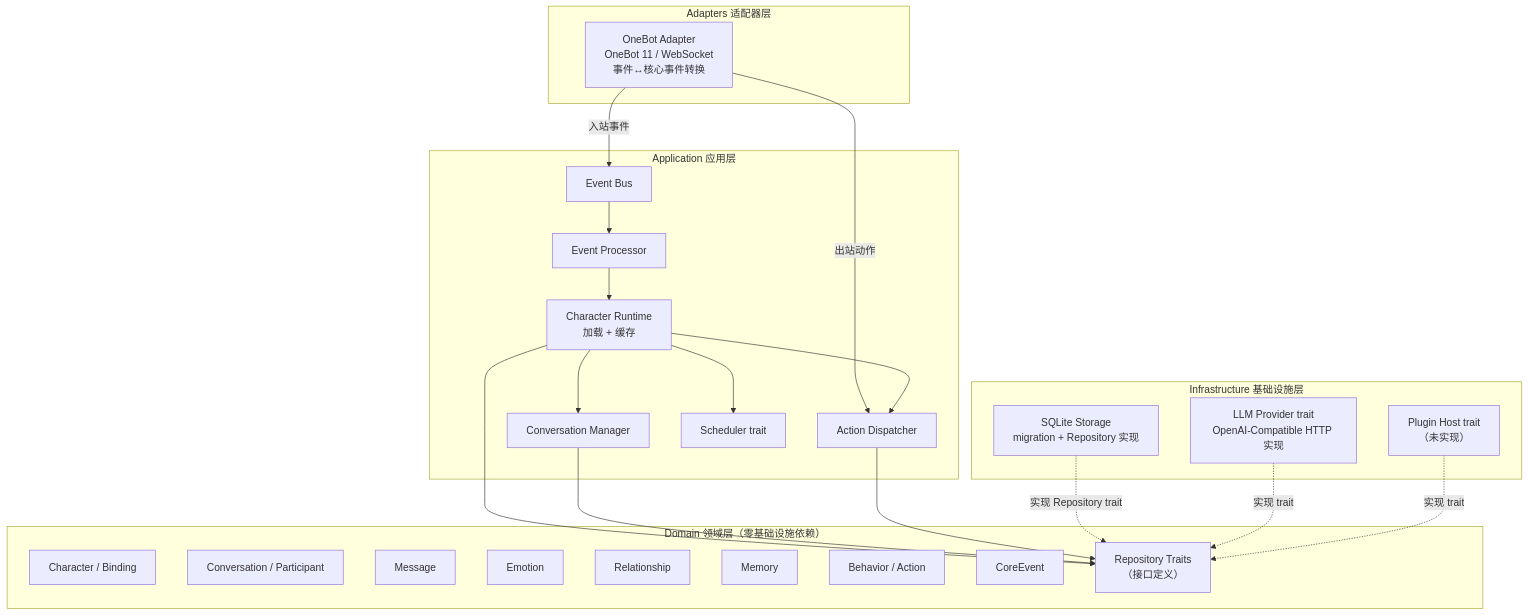
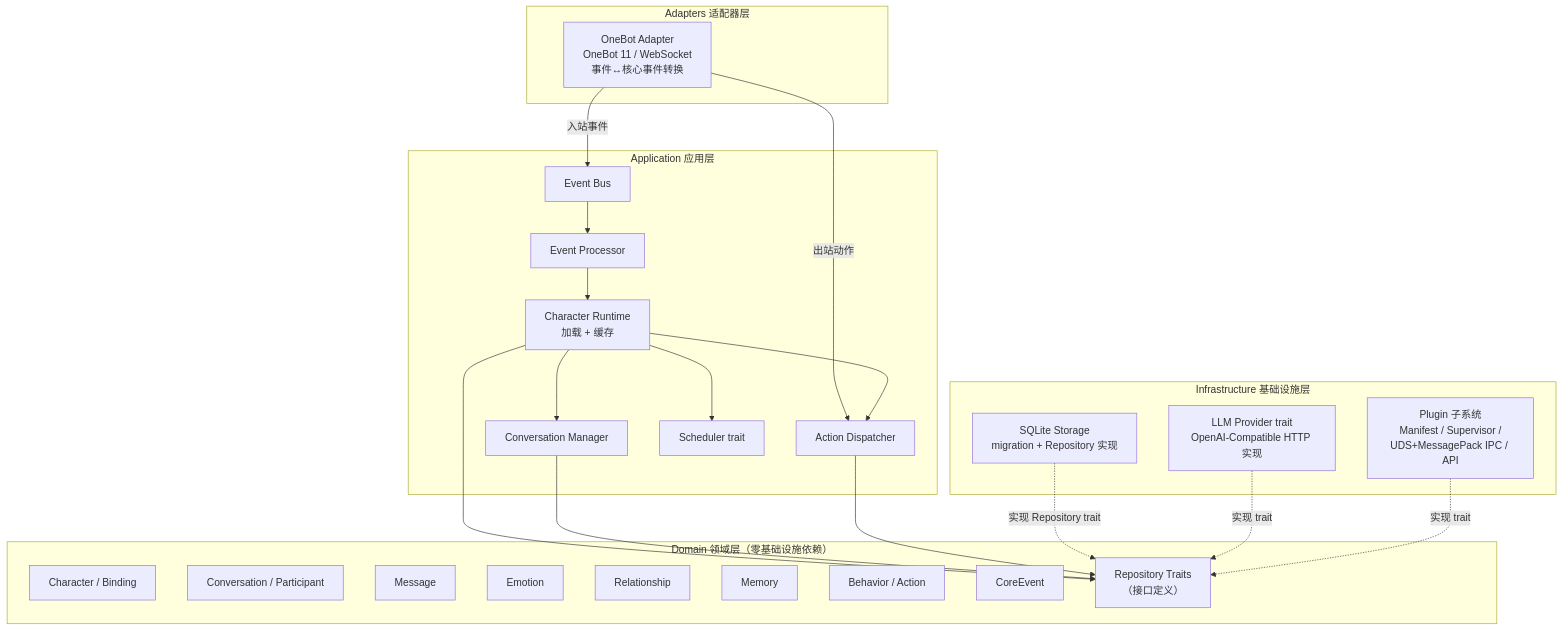
One commit to yomua-cat/yomua-bot changed the diagram in README.md. Above: the diagram before and after it, drawn with Mermaid. The commit also changed other lines of this file and 20 other files, not shown here.

First line of the commit message:
Phase 6: 插件系统（Manifest/Supervisor/IPC/权限/事件订阅/Plugin API）

````diff
--- a/README.md
+++ b/README.md
@@ -151,48 +152,48 @@
 ```mermaid
 flowchart TB
     subgraph A["Adapters 适配器层"]
         onebot["OneBot Adapter<br/>OneBot 11 / WebSocket<br/>事件↔核心事件转换"]
     end
 
     subgraph APP["Application 应用层"]
         eventbus["Event Bus"]
         runtime["Character Runtime<br/>加载 + 缓存"]
         conversation["Conversation Manager"]
         action["Action Dispatcher"]
         scheduler["Scheduler trait"]
         processor["Event Processor"]
     end
 
     subgraph D["Domain 领域层（零基础设施依赖）"]
         char["Character / Binding"]
         conv["Conversation / Participant"]
         msg["Message"]
         emo["Emotion"]
         rel["Relationship"]
         mem["Memory"]
         beh["Behavior / Action"]
         evt["CoreEvent"]
         repo["Repository Traits<br/>（接口定义）"]
     end
 
     subgraph I["Infrastructure 基础设施层"]
         storage["SQLite Storage<br/>migration + Repository 实现"]
         llm["LLM Provider trait<br/>OpenAI-Compatible HTTP 实现"]
-        plugin["Plugin Host trait<br/>（未实现）"]
+        plugin["Plugin 子系统<br/>Manifest / Supervisor /<br/>UDS+MessagePack IPC / API"]
     end
 
     onebot -->|入站事件| eventbus
     onebot -->|出站动作| action
     eventbus --> processor
     processor --> runtime
     runtime --> conversation
     runtime --> action
     runtime --> scheduler
     runtime --> repo
     conversation --> repo
     action --> repo
 
     storage -.实现 Repository trait.-> repo
     llm -.实现 trait.-> repo
     plugin -.实现 trait.-> repo
 ```
````
